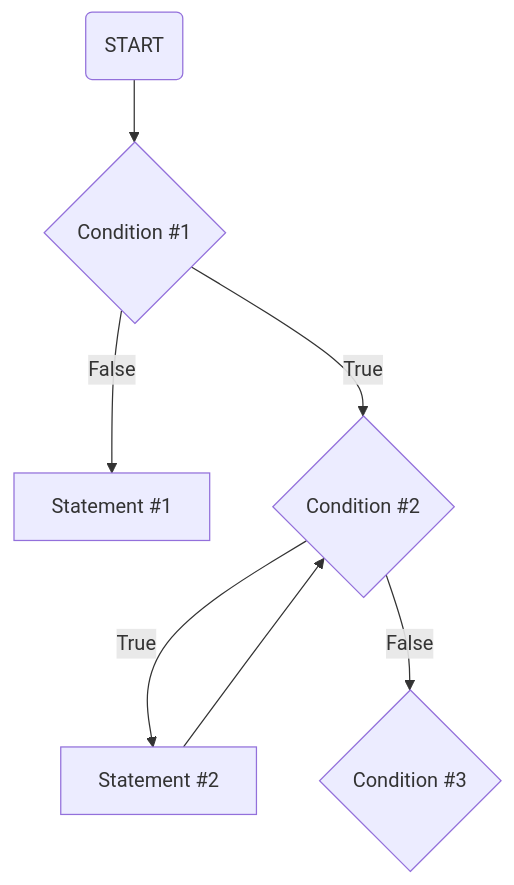
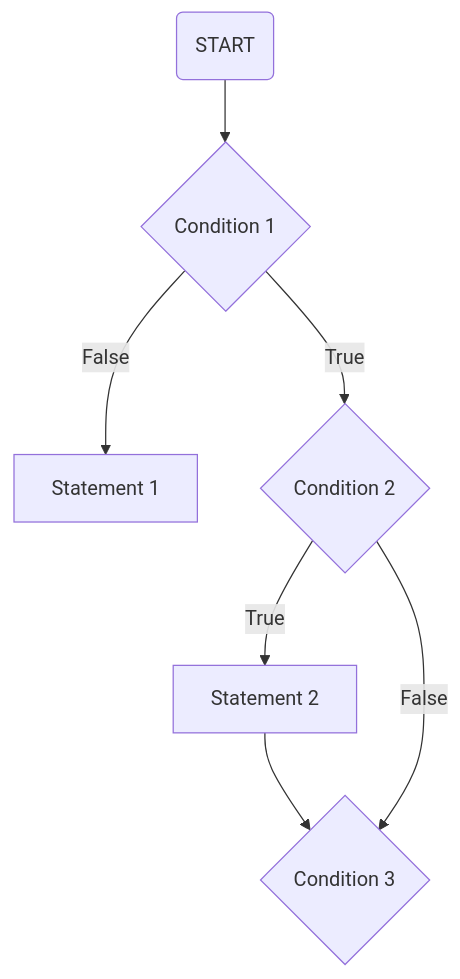
The diagram in README.md (RaphaelZH/OpenCV_Program_EN), drawn with Mermaid before and after one commit. The commit also changed other lines of this file and 1 other file, not shown here.

````diff
--- a/README.md
+++ b/README.md
@@ -5,15 +5,15 @@
 ```mermaid
 flowchart TD
 
-A(START) --> B{Condition #1}
+A(START) --> B{Condition 1}
 
-B --> |False| C[Statement #1]
+B --> |False| C[Statement 1]
 
-B --> |True| D{Condition #2}
+B --> |True| D{Condition 2}
 
-D --> |True| E[Statement #2]
+D --> |True| E[Statement 2]
 
-E --> D{Condition #2}
+E --> F{Condition 3}
 
-D --> |False| F{Condition #3}
+D --> |False| F{Condition 3}
 ```
````
